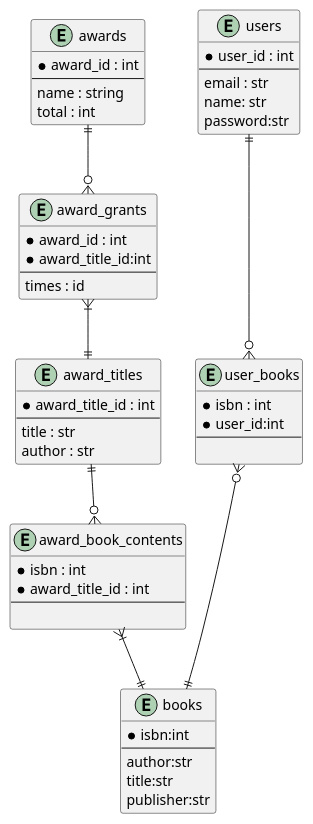
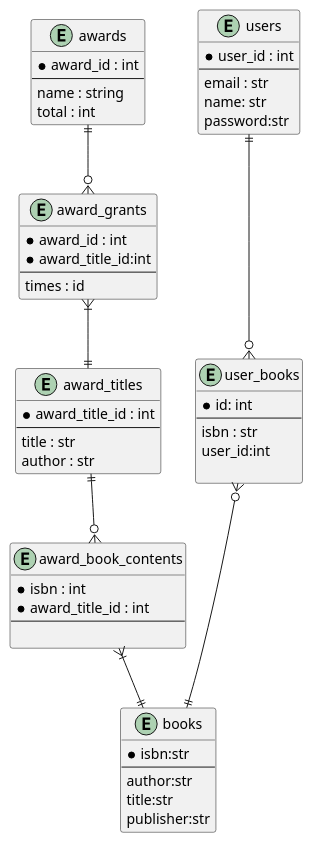
The diagram in backend/db/ER/erd.pu (Yokoyoko-yu/new_book_app), drawn with PlantUML before and after one commit. The commit also changed 2148 other files, not shown here.

```diff
--- a/backend/db/ER/erd.pu
+++ b/backend/db/ER/erd.pu
@@ -1,77 +1,78 @@
 @startuml
 
 entity "awards" {
   * award_id : int
   --
   name : string
   total : int
 }
 
 entity "award_grants" {
   * award_id : int
   * award_title_id:int
   --
   times : id
 }
 
 entity "award_titles" {
   * award_title_id : int
   --
   title : str
   author : str
 }
 
 
 entity "award_book_contents" {
     *isbn : int
     *award_title_id : int
     --
 
 }
 
 
 
 awards ||--o{ award_grants
 
 award_grants }|--|| award_titles
 
 award_titles ||--o{ award_book_contents
 
 
 
 
 ' ユーザーのER図
 
 entity "users" {
     *user_id : int
     --
     email : str
     name: str
     password:str
 }
 
 entity "user_books" {
-    *isbn : int 
-    *user_id:int
+    *id: int
     --
+    isbn : str
+    user_id:int
     
 }
 
 entity "books"{
-    *isbn:int
+    *isbn:str
     --
     author:str
     title:str
     publisher:str
 }
 
 users||---o{user_books
 
 user_books}o---||books
 
 award_book_contents}|--||books
 
 
 
 
 @enduml
```
